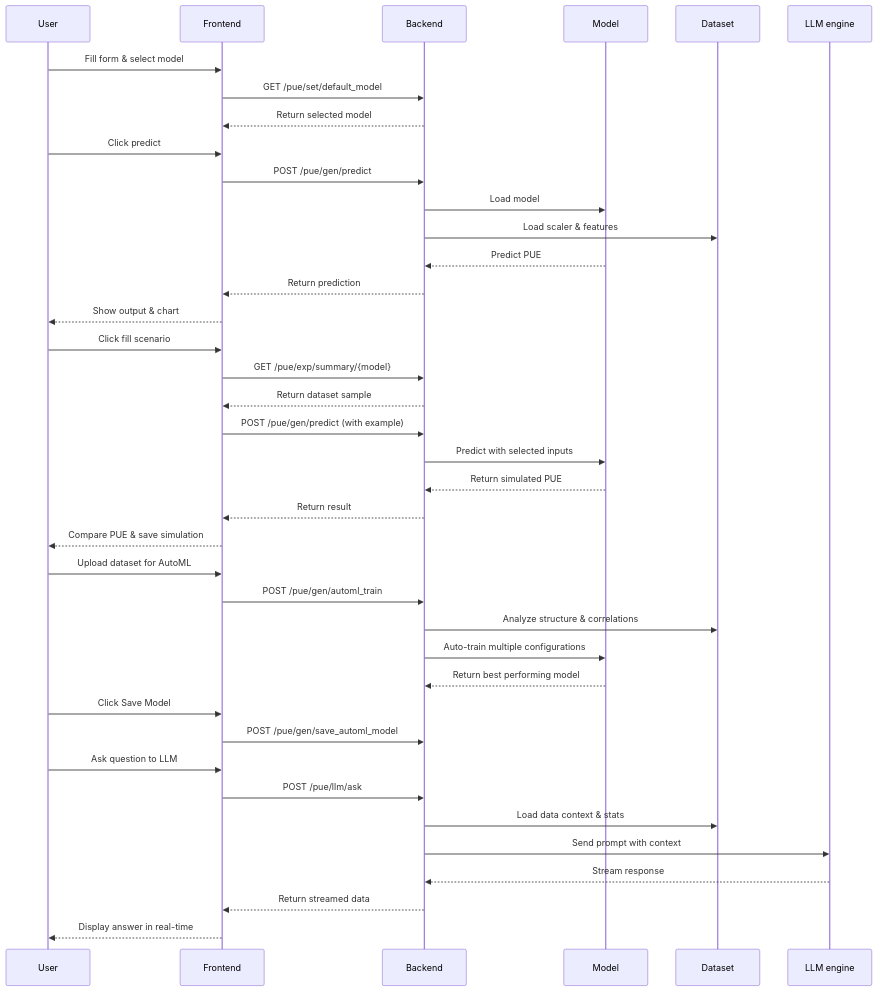
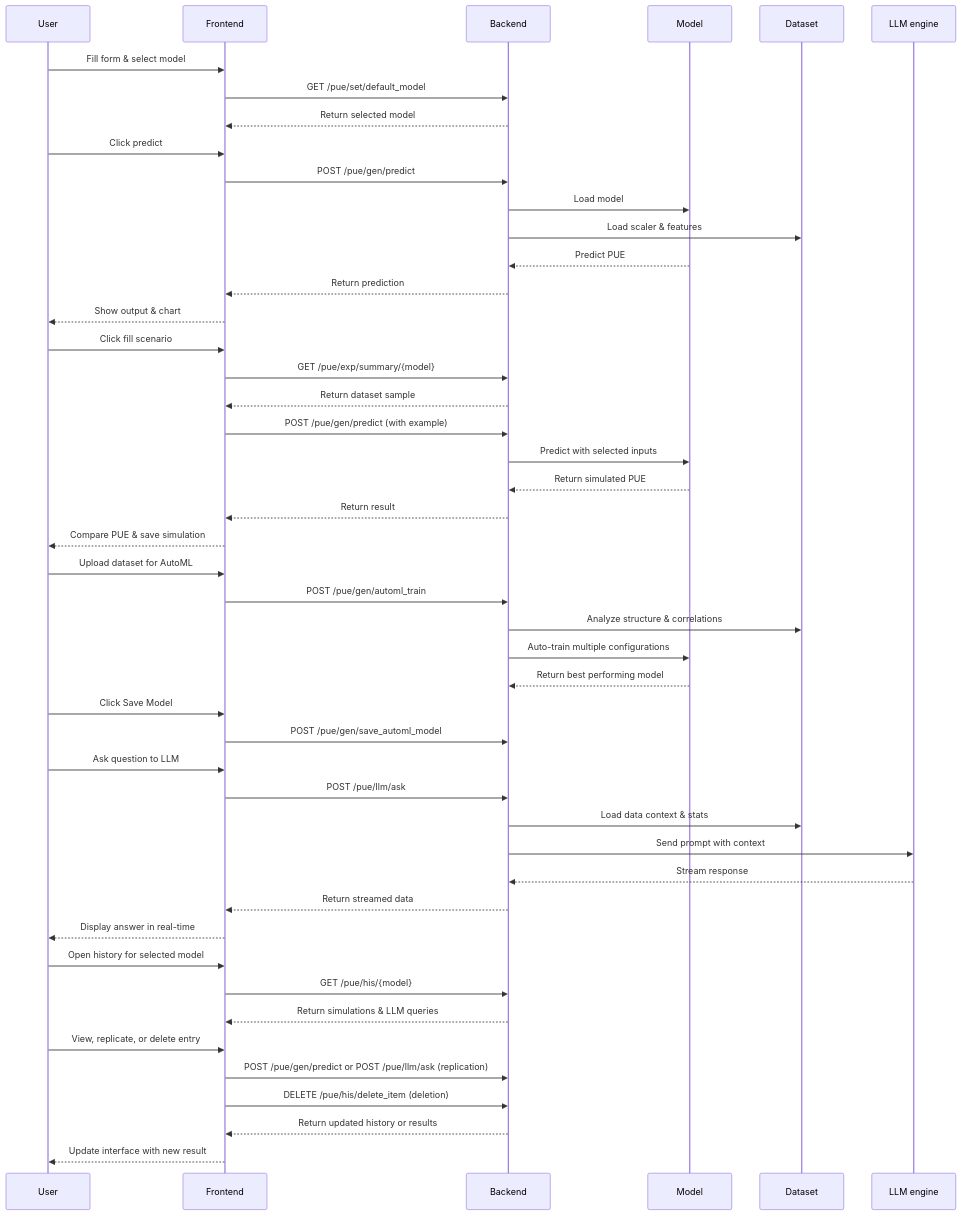
One commit to dflores0806/PULSE changed the second of 2 diagrams in README.md. Above: the diagram before and after it, drawn with Mermaid. The commit also changed other lines of this file and 8 other files, not shown here.

Commit message:
Added PUE History and replication

````diff
--- a/README.md
+++ b/README.md
@@ -274,51 +325,61 @@
 ```mermaid
 sequenceDiagram
     participant User
     participant Frontend
     participant Backend
     participant Model
     participant Dataset
     participant LLM as LLM engine
 
     %% Manual Prediction
     User->>Frontend: Fill form & select model
     Frontend->>Backend: GET /pue/set/default_model
     Backend-->>Frontend: Return selected model
 
     User->>Frontend: Click predict
     Frontend->>Backend: POST /pue/gen/predict
     Backend->>Model: Load model
     Backend->>Dataset: Load scaler & features
     Model-->>Backend: Predict PUE
     Backend-->>Frontend: Return prediction
     Frontend-->>User: Show output & chart
 
     %% Scenario Simulation
     User->>Frontend: Click fill scenario
     Frontend->>Backend: GET /pue/exp/summary/{model}
     Backend-->>Frontend: Return dataset sample
     Frontend->>Backend: POST /pue/gen/predict (with example)
     Backend->>Model: Predict with selected inputs
     Model-->>Backend: Return simulated PUE
     Backend-->>Frontend: Return result
     Frontend-->>User: Compare PUE & save simulation
 
     %% AutoML
     User->>Frontend: Upload dataset for AutoML
     Frontend->>Backend: POST /pue/gen/automl_train
     Backend->>Dataset: Analyze structure & correlations
     Backend->>Model: Auto-train multiple configurations
     Model-->>Backend: Return best performing model
     User->>Frontend: Click Save Model
     Frontend->>Backend: POST /pue/gen/save_automl_model
 
     %% LLM Assistant
     User->>Frontend: Ask question to LLM
     Frontend->>Backend: POST /pue/llm/ask
     Backend->>Dataset: Load data context & stats
     Backend->>LLM: Send prompt with context
     LLM-->>Backend: Stream response
     Backend-->>Frontend: Return streamed data
     Frontend-->>User: Display answer in real-time
 
+    %% History Actions
+    User->>Frontend: Open history for selected model
+    Frontend->>Backend: GET /pue/his/{model}
+    Backend-->>Frontend: Return simulations & LLM queries
+    User->>Frontend: View, replicate, or delete entry
+    Frontend->>Backend: POST /pue/gen/predict or POST /pue/llm/ask (replication)
+    Frontend->>Backend: DELETE /pue/his/delete_item (deletion)
+    Backend-->>Frontend: Return updated history or results
+    Frontend-->>User: Update interface with new result
+
 ```
````
